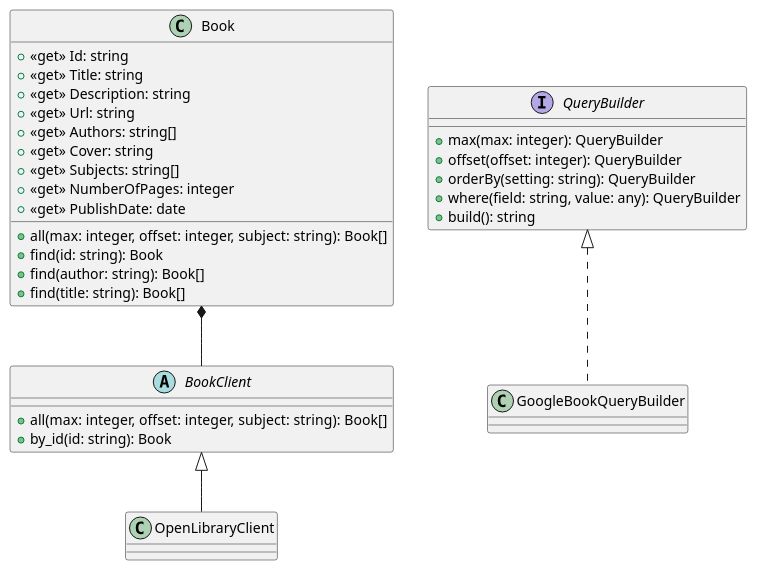
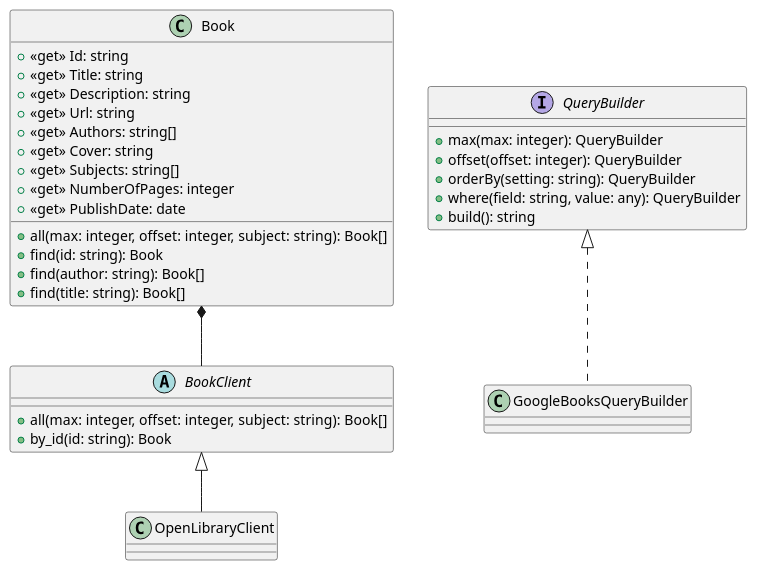
The diagram in doc/diagrams/books.puml (Thynkon/MAW2.1-KeepIt-Back), drawn with PlantUML before and after one commit. The commit also changed 5 other files, not shown here.

```diff
--- a/doc/diagrams/books.puml
+++ b/doc/diagrams/books.puml
@@ -1,42 +1,42 @@
 @startuml
 class Book {
   + <<get>> Id: string
   + <<get>> Title: string
   + <<get>> Description: string
   + <<get>> Url: string
   + <<get>> Authors: string[]
   + <<get>> Cover: string
   + <<get>> Subjects: string[]
   + <<get>> NumberOfPages: integer
   + <<get>> PublishDate: date
 
   + all(max: integer, offset: integer, subject: string): Book[]
   + find(id: string): Book
   + find(author: string): Book[]
   + find(title: string): Book[]
 }
 
 abstract class BookClient {
     + all(max: integer, offset: integer, subject: string): Book[]
     + by_id(id: string): Book
 }
 
 class OpenLibraryClient {
 
 }
 
 interface QueryBuilder {
   + max(max: integer): QueryBuilder
   + offset(offset: integer): QueryBuilder
   + orderBy(setting: string): QueryBuilder
   + where(field: string, value: any): QueryBuilder
   + build(): string
 }
 
-class GoogleBookQueryBuilder {}
+class GoogleBooksQueryBuilder {}
 
 BookClient <|-- OpenLibraryClient
-QueryBuilder <|.. GoogleBookQueryBuilder
+QueryBuilder <|.. GoogleBooksQueryBuilder
 
 Book *-- BookClient
 @enduml
```
